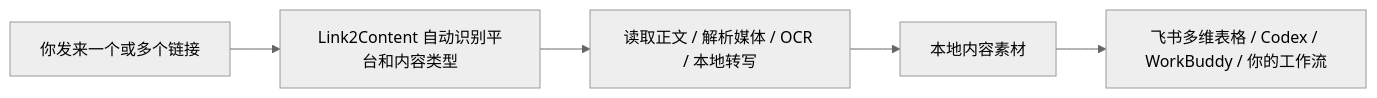
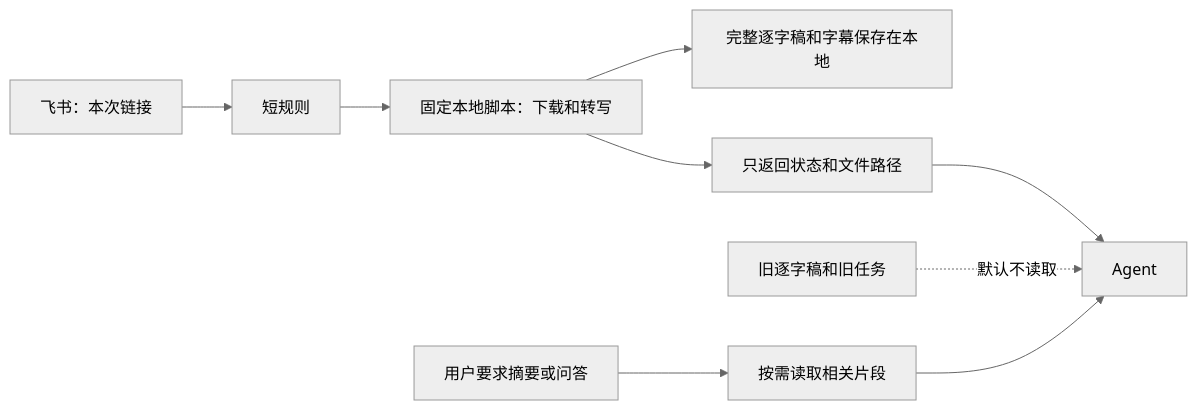
One commit to saki-orbit/link-to-content changed the diagram in README.md. Above: the diagram before and after it, drawn with Mermaid (neutral theme). The commit also changed other lines of this file and 5 other files, not shown here.

````diff
--- a/README.md
+++ b/README.md
@@ -16,7 +16,11 @@
 ```mermaid
 flowchart LR
-    A[你发来一个或多个链接] --> B[Link2Content 自动识别平台和内容类型]
-    B --> C[读取正文 / 解析媒体 / OCR / 本地转写]
-    C --> D[本地内容素材]
-    D --> E[飞书多维表格 / Codex / WorkBuddy / 你的工作流]
+    A[飞书：本次链接] --> B[短规则]
+    B --> C[固定本地脚本：下载和转写]
+    C --> D[完整逐字稿和字幕保存在本地]
+    C --> E[只返回状态和文件路径]
+    E --> F[Agent]
+    G[旧逐字稿和旧任务] -.默认不读取.-> F
+    H[用户要求摘要或问答] --> I[按需读取相关片段]
+    I --> F
 ```
````
